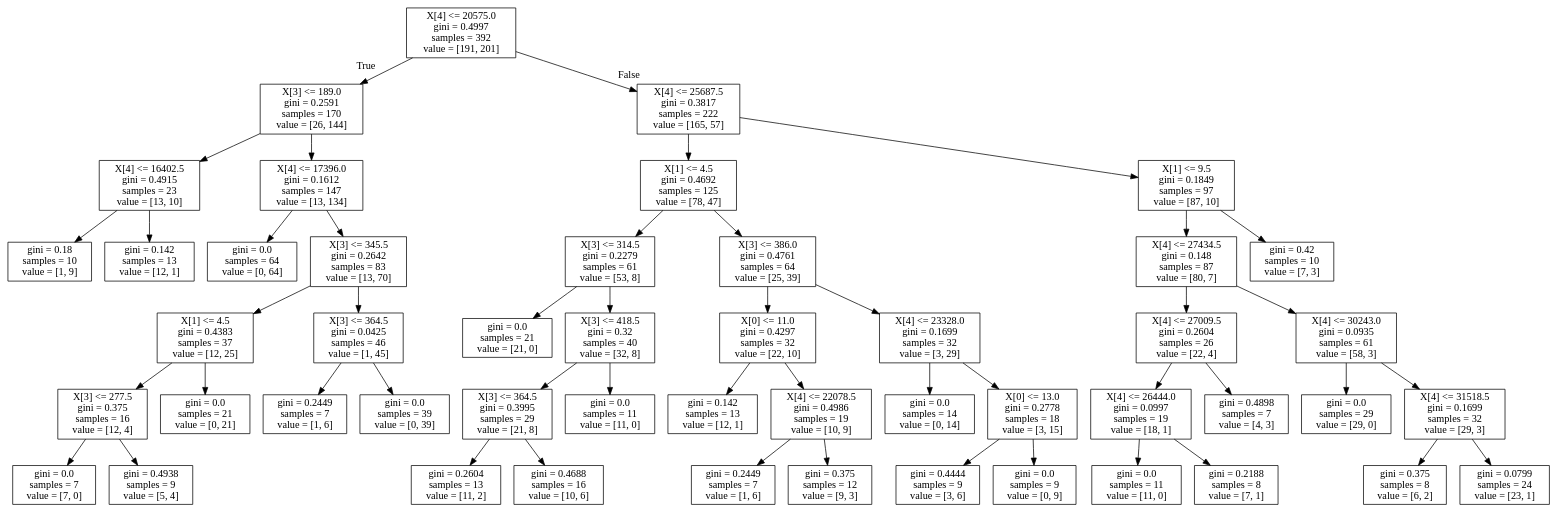
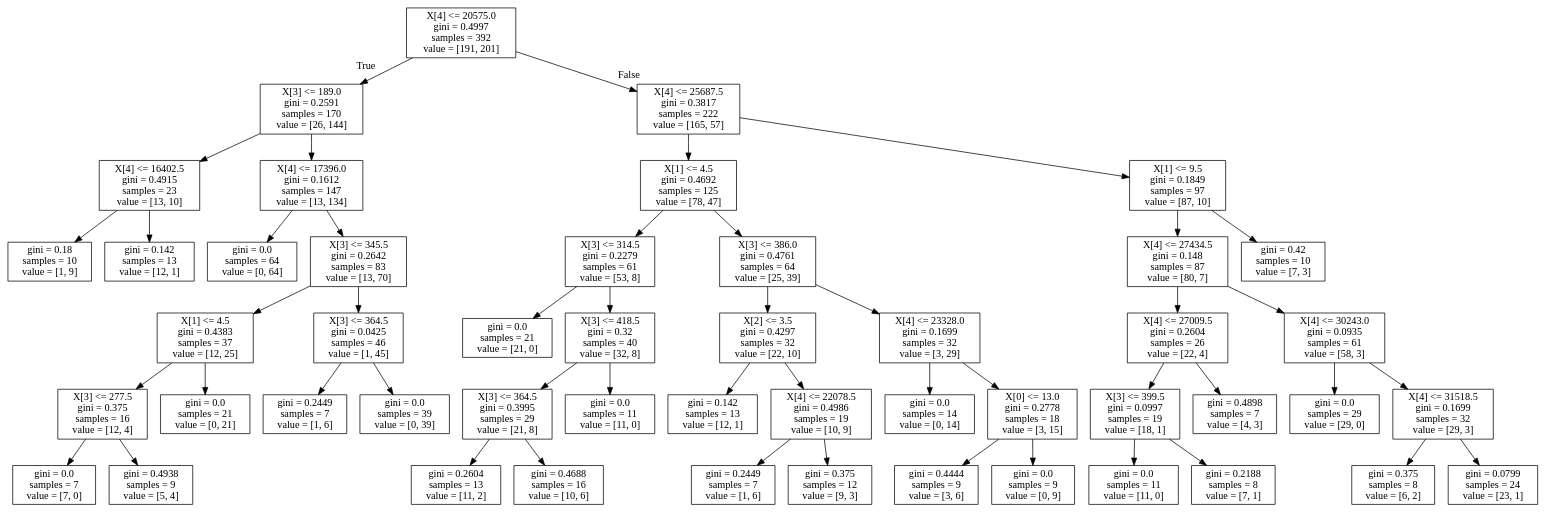
Before and after one commit to cmcollander/NaoLego: the diagram in NaoDecisionTree.dot, drawn with Graphviz. The commit also changed 3 other files, not shown here.

```diff
--- a/NaoDecisionTree.dot
+++ b/NaoDecisionTree.dot
@@ -1,100 +1,100 @@
 digraph Tree {
 node [shape=box] ;
 0 [label="X[4] <= 20575.0\ngini = 0.4997\nsamples = 392\nvalue = [191, 201]"] ;
 1 [label="X[3] <= 189.0\ngini = 0.2591\nsamples = 170\nvalue = [26, 144]"] ;
 0 -> 1 [labeldistance=2.5, labelangle=45, headlabel="True"] ;
 2 [label="X[4] <= 16402.5\ngini = 0.4915\nsamples = 23\nvalue = [13, 10]"] ;
 1 -> 2 ;
 3 [label="gini = 0.18\nsamples = 10\nvalue = [1, 9]"] ;
 2 -> 3 ;
 4 [label="gini = 0.142\nsamples = 13\nvalue = [12, 1]"] ;
 2 -> 4 ;
 5 [label="X[4] <= 17396.0\ngini = 0.1612\nsamples = 147\nvalue = [13, 134]"] ;
 1 -> 5 ;
 6 [label="gini = 0.0\nsamples = 64\nvalue = [0, 64]"] ;
 5 -> 6 ;
 7 [label="X[3] <= 345.5\ngini = 0.2642\nsamples = 83\nvalue = [13, 70]"] ;
 5 -> 7 ;
 8 [label="X[1] <= 4.5\ngini = 0.4383\nsamples = 37\nvalue = [12, 25]"] ;
 7 -> 8 ;
 9 [label="X[3] <= 277.5\ngini = 0.375\nsamples = 16\nvalue = [12, 4]"] ;
 8 -> 9 ;
 10 [label="gini = 0.0\nsamples = 7\nvalue = [7, 0]"] ;
 9 -> 10 ;
 11 [label="gini = 0.4938\nsamples = 9\nvalue = [5, 4]"] ;
 9 -> 11 ;
 12 [label="gini = 0.0\nsamples = 21\nvalue = [0, 21]"] ;
 8 -> 12 ;
 13 [label="X[3] <= 364.5\ngini = 0.0425\nsamples = 46\nvalue = [1, 45]"] ;
 7 -> 13 ;
 14 [label="gini = 0.2449\nsamples = 7\nvalue = [1, 6]"] ;
 13 -> 14 ;
 15 [label="gini = 0.0\nsamples = 39\nvalue = [0, 39]"] ;
 13 -> 15 ;
 16 [label="X[4] <= 25687.5\ngini = 0.3817\nsamples = 222\nvalue = [165, 57]"] ;
 0 -> 16 [labeldistance=2.5, labelangle=-45, headlabel="False"] ;
 17 [label="X[1] <= 4.5\ngini = 0.4692\nsamples = 125\nvalue = [78, 47]"] ;
 16 -> 17 ;
 18 [label="X[3] <= 314.5\ngini = 0.2279\nsamples = 61\nvalue = [53, 8]"] ;
 17 -> 18 ;
 19 [label="gini = 0.0\nsamples = 21\nvalue = [21, 0]"] ;
 18 -> 19 ;
 20 [label="X[3] <= 418.5\ngini = 0.32\nsamples = 40\nvalue = [32, 8]"] ;
 18 -> 20 ;
 21 [label="X[3] <= 364.5\ngini = 0.3995\nsamples = 29\nvalue = [21, 8]"] ;
 20 -> 21 ;
 22 [label="gini = 0.2604\nsamples = 13\nvalue = [11, 2]"] ;
 21 -> 22 ;
 23 [label="gini = 0.4688\nsamples = 16\nvalue = [10, 6]"] ;
 21 -> 23 ;
 24 [label="gini = 0.0\nsamples = 11\nvalue = [11, 0]"] ;
 20 -> 24 ;
 25 [label="X[3] <= 386.0\ngini = 0.4761\nsamples = 64\nvalue = [25, 39]"] ;
 17 -> 25 ;
-26 [label="X[0] <= 11.0\ngini = 0.4297\nsamples = 32\nvalue = [22, 10]"] ;
+26 [label="X[2] <= 3.5\ngini = 0.4297\nsamples = 32\nvalue = [22, 10]"] ;
 25 -> 26 ;
 27 [label="gini = 0.142\nsamples = 13\nvalue = [12, 1]"] ;
 26 -> 27 ;
 28 [label="X[4] <= 22078.5\ngini = 0.4986\nsamples = 19\nvalue = [10, 9]"] ;
 26 -> 28 ;
 29 [label="gini = 0.2449\nsamples = 7\nvalue = [1, 6]"] ;
 28 -> 29 ;
 30 [label="gini = 0.375\nsamples = 12\nvalue = [9, 3]"] ;
 28 -> 30 ;
 31 [label="X[4] <= 23328.0\ngini = 0.1699\nsamples = 32\nvalue = [3, 29]"] ;
 25 -> 31 ;
 32 [label="gini = 0.0\nsamples = 14\nvalue = [0, 14]"] ;
 31 -> 32 ;
 33 [label="X[0] <= 13.0\ngini = 0.2778\nsamples = 18\nvalue = [3, 15]"] ;
 31 -> 33 ;
 34 [label="gini = 0.4444\nsamples = 9\nvalue = [3, 6]"] ;
 33 -> 34 ;
 35 [label="gini = 0.0\nsamples = 9\nvalue = [0, 9]"] ;
 33 -> 35 ;
 36 [label="X[1] <= 9.5\ngini = 0.1849\nsamples = 97\nvalue = [87, 10]"] ;
 16 -> 36 ;
 37 [label="X[4] <= 27434.5\ngini = 0.148\nsamples = 87\nvalue = [80, 7]"] ;
 36 -> 37 ;
 38 [label="X[4] <= 27009.5\ngini = 0.2604\nsamples = 26\nvalue = [22, 4]"] ;
 37 -> 38 ;
-39 [label="X[4] <= 26444.0\ngini = 0.0997\nsamples = 19\nvalue = [18, 1]"] ;
+39 [label="X[3] <= 399.5\ngini = 0.0997\nsamples = 19\nvalue = [18, 1]"] ;
 38 -> 39 ;
 40 [label="gini = 0.0\nsamples = 11\nvalue = [11, 0]"] ;
 39 -> 40 ;
 41 [label="gini = 0.2188\nsamples = 8\nvalue = [7, 1]"] ;
 39 -> 41 ;
 42 [label="gini = 0.4898\nsamples = 7\nvalue = [4, 3]"] ;
 38 -> 42 ;
 43 [label="X[4] <= 30243.0\ngini = 0.0935\nsamples = 61\nvalue = [58, 3]"] ;
 37 -> 43 ;
 44 [label="gini = 0.0\nsamples = 29\nvalue = [29, 0]"] ;
 43 -> 44 ;
 45 [label="X[4] <= 31518.5\ngini = 0.1699\nsamples = 32\nvalue = [29, 3]"] ;
 43 -> 45 ;
 46 [label="gini = 0.375\nsamples = 8\nvalue = [6, 2]"] ;
 45 -> 46 ;
 47 [label="gini = 0.0799\nsamples = 24\nvalue = [23, 1]"] ;
 45 -> 47 ;
 48 [label="gini = 0.42\nsamples = 10\nvalue = [7, 3]"] ;
 36 -> 48 ;
 }
```
